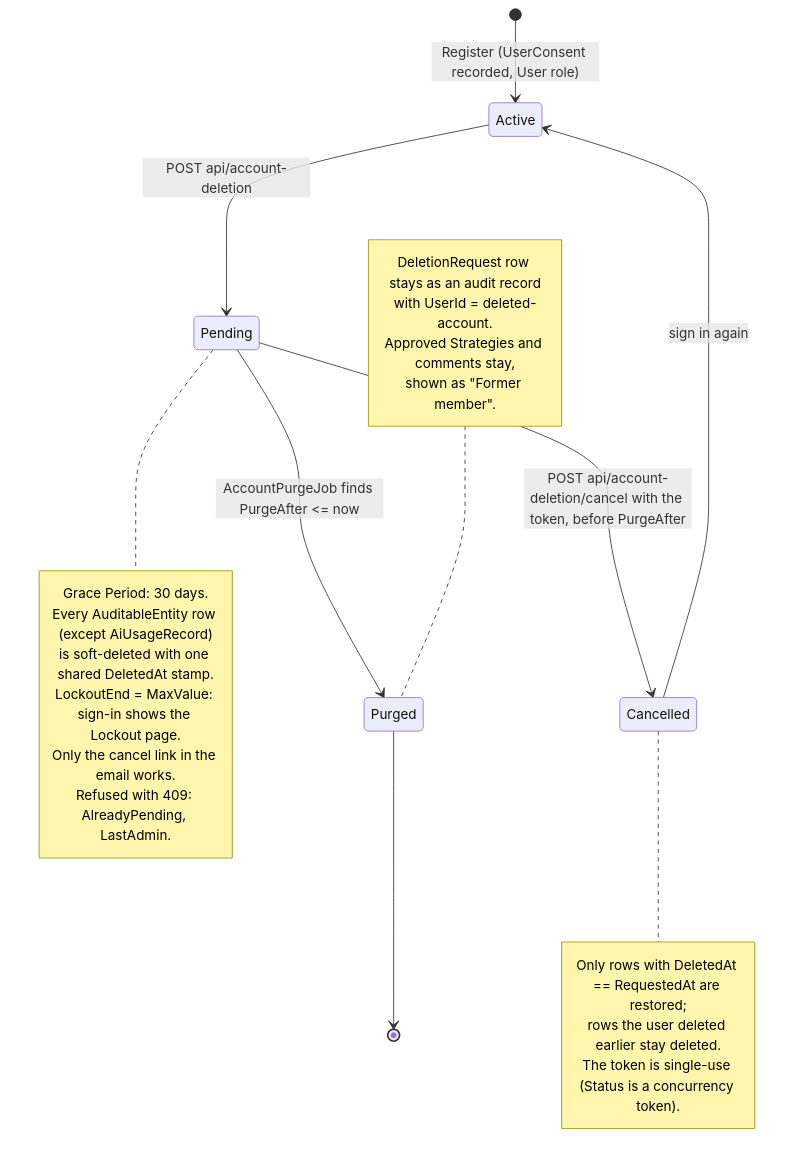
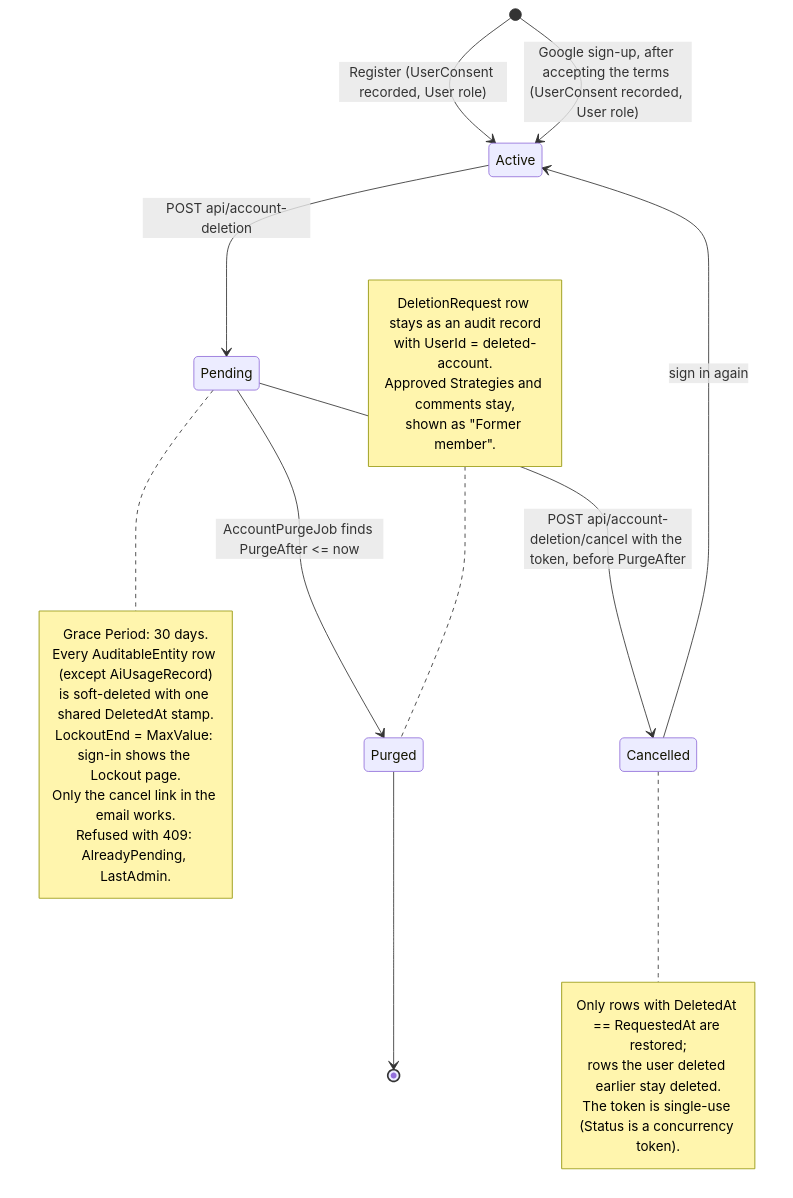
The ninth of 28 diagrams in docs/DIAGRAMS.md (tngo0508/PersonalFinance), drawn with Mermaid before and after one commit. The commit also changed 7 other files, not shown here.

Commit message:
fix: Google sign-up asks for consent and records a UserConsent (#503, #313)

````diff
--- a/docs/DIAGRAMS.md
+++ b/docs/DIAGRAMS.md
@@ -693,31 +693,32 @@
 ```mermaid
 stateDiagram-v2
     [*] --> Active : Register (UserConsent recorded, User role)
+    [*] --> Active : Google sign-up, after accepting the terms (UserConsent recorded, User role)
     Active --> Pending : POST api/account-deletion
     Pending --> Cancelled : POST api/account-deletion/cancel with the token, before PurgeAfter
     Cancelled --> Active : sign in again
     Pending --> Purged : AccountPurgeJob finds PurgeAfter <= now
     Purged --> [*]
 
     note right of Pending
         Grace Period: 30 days.
         Every AuditableEntity row (except AiUsageRecord)
         is soft-deleted with one shared DeletedAt stamp.
         LockoutEnd = MaxValue: sign-in shows the Lockout page.
         Only the cancel link in the email works.
         Refused with 409: AlreadyPending, LastAdmin.
     end note
 
     note right of Cancelled
         Only rows with DeletedAt == RequestedAt are restored;
         rows the user deleted earlier stay deleted.
         The token is single-use (Status is a concurrency token).
     end note
 
     note left of Purged
         DeletionRequest row stays as an audit record
         with UserId = deleted-account.
         Approved Strategies and comments stay,
         shown as "Former member".
     end note
 ```
````
